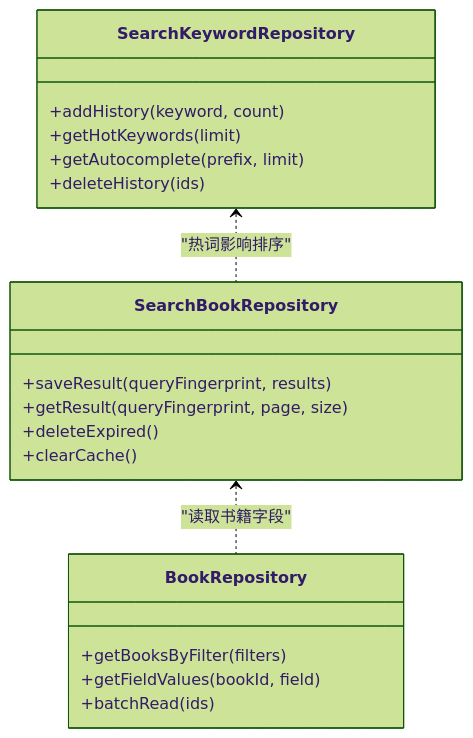
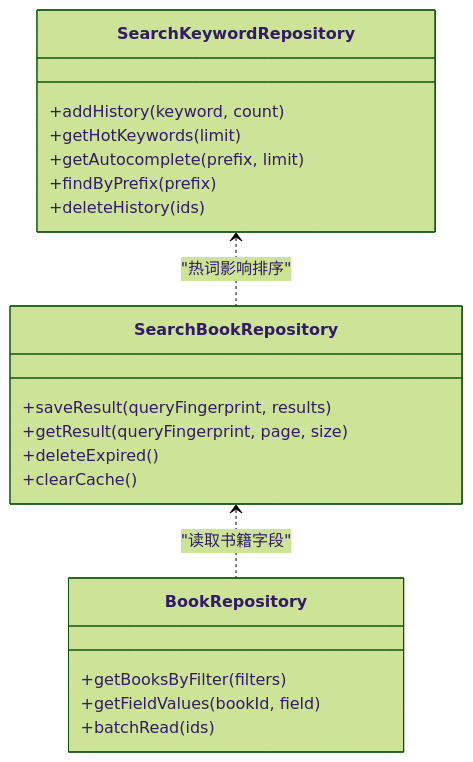
Before and after one commit to ZhangGHGitHub/LegadoTeamFlutter: the fifth of 8 diagrams in .qoder/repowiki/zh/content/项目概述/核心功能特性/搜索功能.md, drawn with Mermaid (forest theme). The commit also changed other lines of this file and 173 other files, not shown here.

````diff
--- a/.qoder/repowiki/zh/content/项目概述/核心功能特性/搜索功能.md
+++ b/.qoder/repowiki/zh/content/项目概述/核心功能特性/搜索功能.md
@@ -216,22 +231,23 @@
 ```mermaid
 classDiagram
 class SearchBookRepository {
 +saveResult(queryFingerprint, results)
 +getResult(queryFingerprint, page, size)
 +deleteExpired()
 +clearCache()
 }
 class SearchKeywordRepository {
 +addHistory(keyword, count)
 +getHotKeywords(limit)
 +getAutocomplete(prefix, limit)
++findByPrefix(prefix)
 +deleteHistory(ids)
 }
 class BookRepository {
 +getBooksByFilter(filters)
 +getFieldValues(bookId, field)
 +batchRead(ids)
 }
 SearchBookRepository <.. BookRepository : "读取书籍字段"
 SearchKeywordRepository <.. SearchBookRepository : "热词影响排序"
 ```
````
